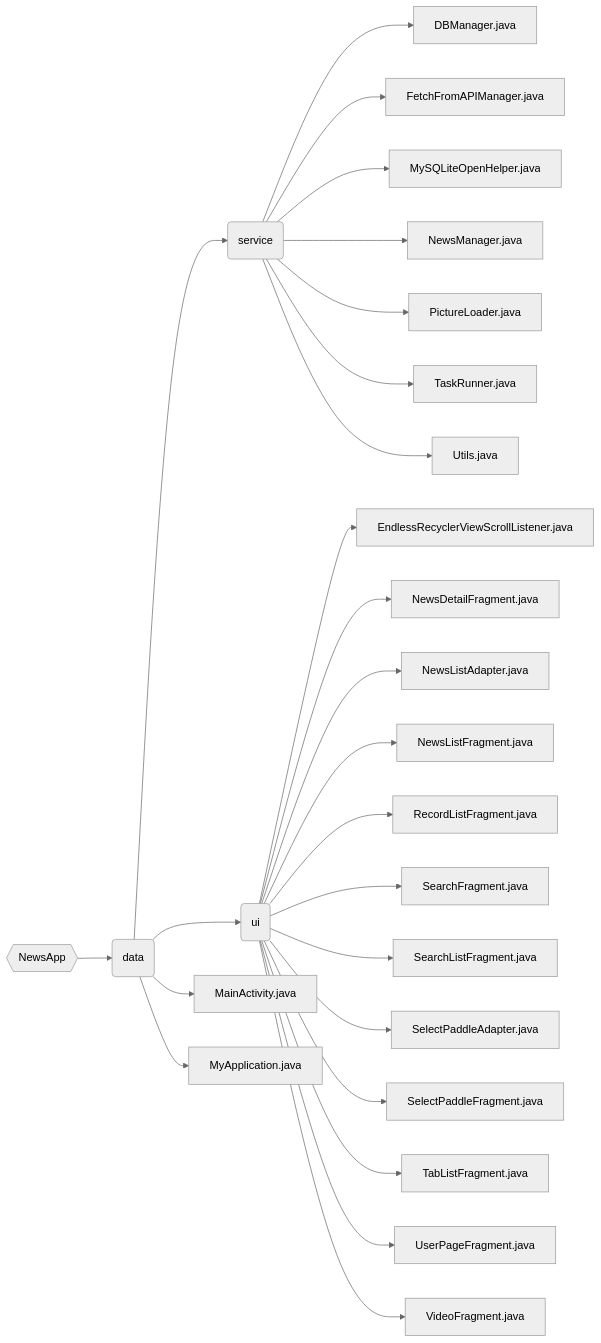
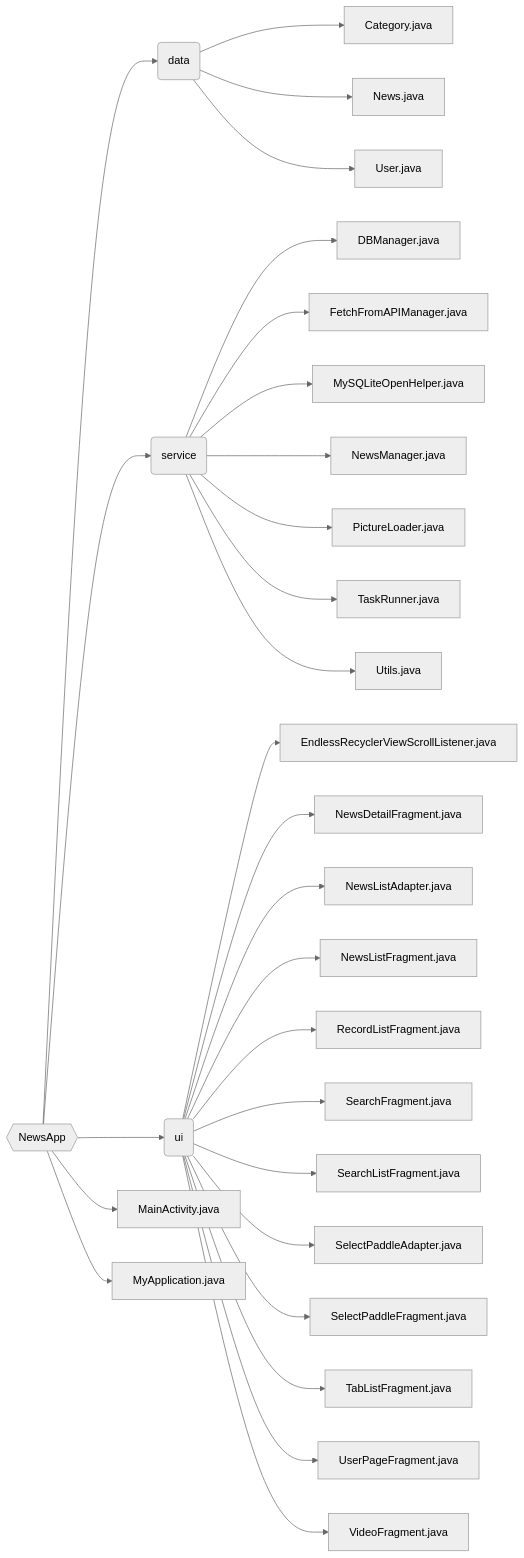
One commit to leverimmy/News-App changed the diagram in README.md. Above: the diagram before and after it, drawn with Mermaid (neutral theme).

````diff
--- a/README.md
+++ b/README.md
@@ -22,29 +22,33 @@
 ```mermaid
 flowchart LR
     A{{NewsApp}} --> B(data)
-    B --> C(service)
-    B --> D(ui)
-    B --> E[MainActivity.java]
-    B --> F[MyApplication.java]
+    A --> C(service)
+    A --> D(ui)
+    A --> E[MainActivity.java]
+    A --> F[MyApplication.java]
 
-    C --> G[DBManager.java]
-    C --> H[FetchFromAPIManager.java]
-    C --> I[MySQLiteOpenHelper.java]
-    C --> J[NewsManager.java]
-    C --> K[PictureLoader.java]
-    C --> L[TaskRunner.java]
-    C --> M[Utils.java]
+    B --> G[Category.java]
+    B --> H[News.java]
+    B --> I[User.java]
 
-    D --> N[EndlessRecyclerViewScrollListener.java]
-    D --> O[NewsDetailFragment.java]
-    D --> P[NewsListAdapter.java]
-    D --> Q[NewsListFragment.java]
-    D --> R[RecordListFragment.java]
-    D --> S[SearchFragment.java]
-    D --> T[SearchListFragment.java]
-    D --> U[SelectPaddleAdapter.java]
-    D --> V[SelectPaddleFragment.java]
-    D --> W[TabListFragment.java]
-    D --> X[UserPageFragment.java]
-    D --> Y[VideoFragment.java]
+    C --> J[DBManager.java]
+    C --> K[FetchFromAPIManager.java]
+    C --> L[MySQLiteOpenHelper.java]
+    C --> M[NewsManager.java]
+    C --> N[PictureLoader.java]
+    C --> O[TaskRunner.java]
+    C --> P[Utils.java]
+
+    D --> Q[EndlessRecyclerViewScrollListener.java]
+    D --> R[NewsDetailFragment.java]
+    D --> S[NewsListAdapter.java]
+    D --> T[NewsListFragment.java]
+    D --> U[RecordListFragment.java]
+    D --> V[SearchFragment.java]
+    D --> W[SearchListFragment.java]
+    D --> X[SelectPaddleAdapter.java]
+    D --> Y[SelectPaddleFragment.java]
+    D --> Z[TabListFragment.java]
+    D --> AA[UserPageFragment.java]
+    D --> AB[VideoFragment.java]
 ```
````
